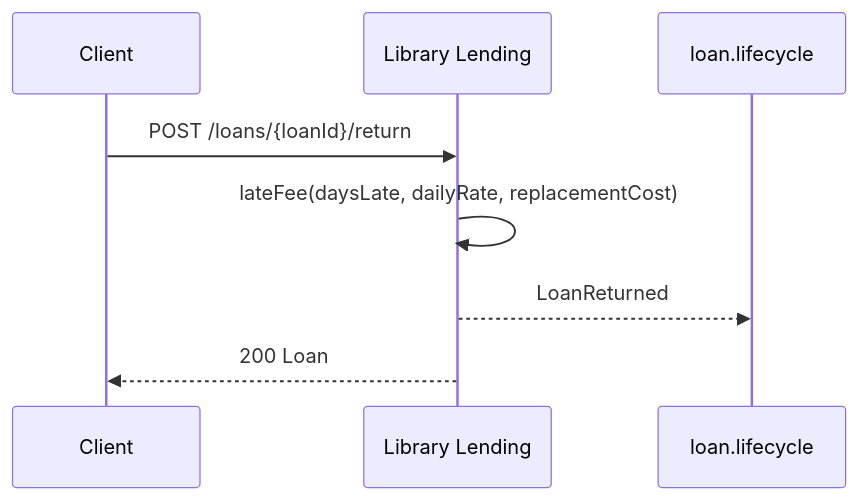
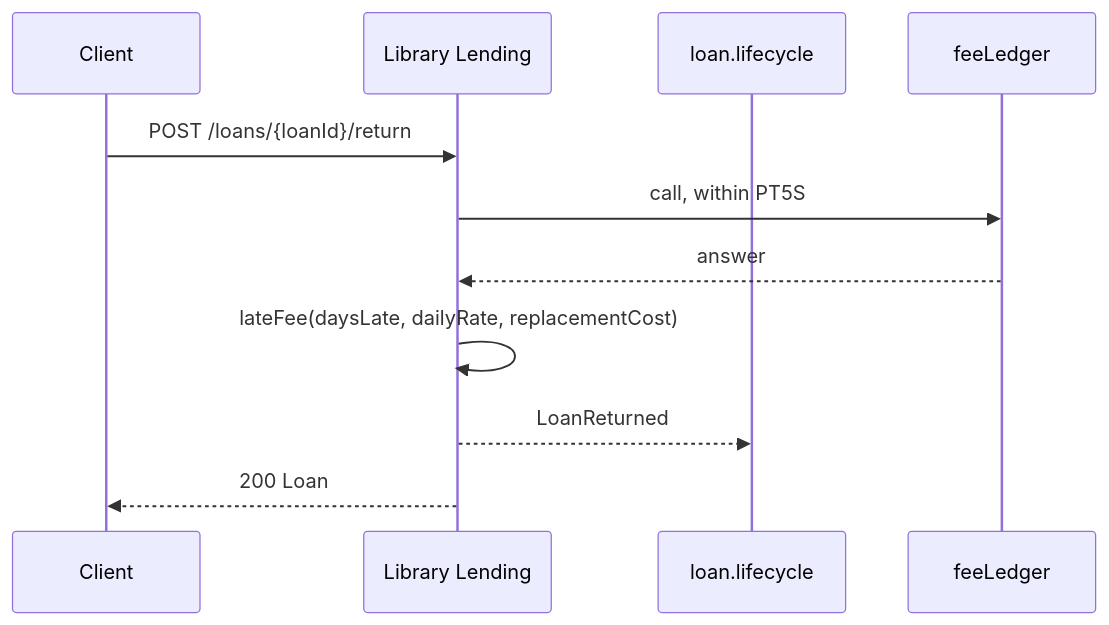
The fourth of 4 diagrams in examples/library-lending/spec/specarch.md (SpecArch/specarch), drawn with Mermaid before and after one commit. The commit also changed other lines of this file and 89 other files, not shown here.

````diff
--- a/examples/library-lending/spec/specarch.md
+++ b/examples/library-lending/spec/specarch.md
@@ -103,10 +104,13 @@
 ```mermaid
 sequenceDiagram
   participant C as Client
   participant S as Library Lending
   participant Q1 as loan.lifecycle
+  participant D1 as feeLedger
   C->>S: POST /loans/{loanId}/return
+  S->>D1: call, within PT5S
+  D1-->>S: answer
   S->>S: lateFee(daysLate, dailyRate, replacementCost)
   S-->>Q1: LoanReturned
   S-->>C: 200 Loan
 ```
````
